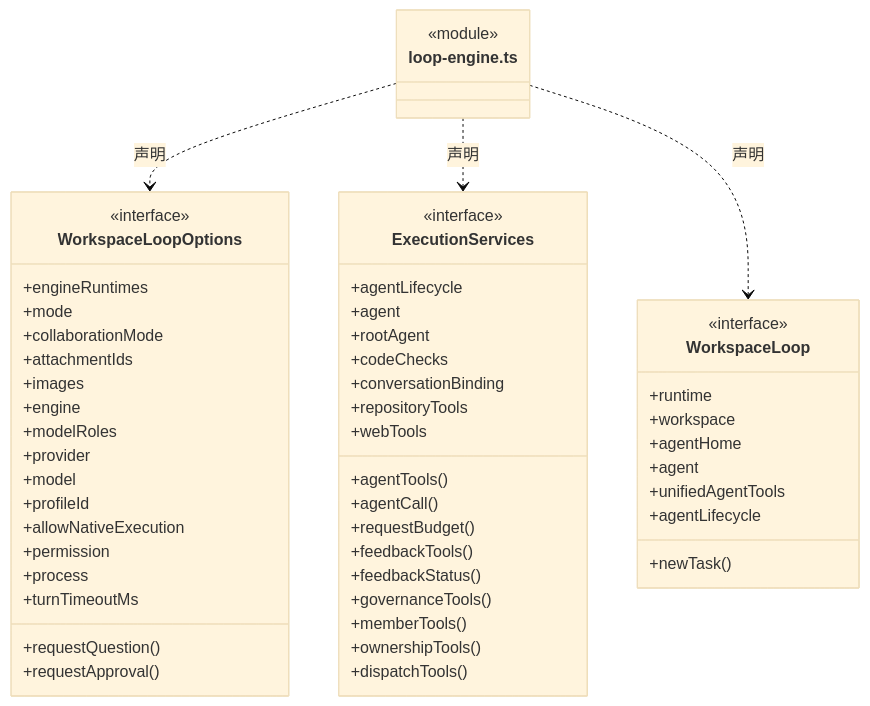
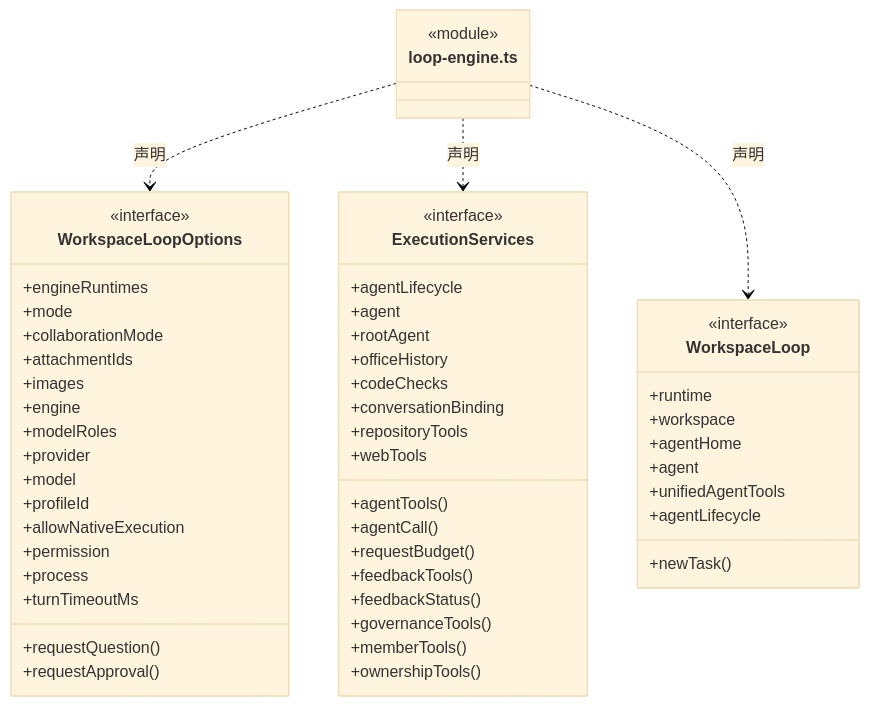
The sixth of 9 diagrams in src/logic/execution/assembly/ARCHITECTURE.md (nan023062/cbim), drawn with Mermaid (base theme) before and after one commit. The commit also changed other lines of this file and 23 other files, not shown here.

````diff
--- a/src/logic/execution/assembly/ARCHITECTURE.md
+++ b/src/logic/execution/assembly/ARCHITECTURE.md
@@ -112,57 +112,57 @@
 ```mermaid
 classDiagram
 class N_src_logic_execution_assembly_loop_engine_ts["loop-engine.ts"] {
   <<module>>
 }
 class N_src_logic_execution_assembly_loop_engine_ts_WorkspaceLoopOptions["WorkspaceLoopOptions"] {
   <<interface>>
   +engineRuntimes
   +mode
   +collaborationMode
   +attachmentIds
   +images
   +engine
   +modelRoles
   +provider
   +model
   +profileId
   +allowNativeExecution
   +permission
   +requestQuestion()
   +requestApproval()
   +process
   +turnTimeoutMs
 }
 N_src_logic_execution_assembly_loop_engine_ts ..> N_src_logic_execution_assembly_loop_engine_ts_WorkspaceLoopOptions : 声明
 class N_src_logic_execution_assembly_loop_engine_ts_ExecutionServices["ExecutionServices"] {
   <<interface>>
   +agentLifecycle
   +agent
   +rootAgent
+  +officeHistory
   +agentTools()
   +agentCall()
   +codeChecks
   +requestBudget()
   +conversationBinding
   +repositoryTools
   +webTools
   +feedbackTools()
   +feedbackStatus()
   +governanceTools()
   +memberTools()
   +ownershipTools()
-  +dispatchTools()
 }
 N_src_logic_execution_assembly_loop_engine_ts ..> N_src_logic_execution_assembly_loop_engine_ts_ExecutionServices : 声明
 class N_src_logic_execution_assembly_loop_engine_ts_WorkspaceLoop["WorkspaceLoop"] {
   <<interface>>
   +runtime
   +workspace
   +agentHome
   +agent
   +unifiedAgentTools
   +agentLifecycle
   +newTask()
 }
 N_src_logic_execution_assembly_loop_engine_ts ..> N_src_logic_execution_assembly_loop_engine_ts_WorkspaceLoop : 声明
 ```
````
